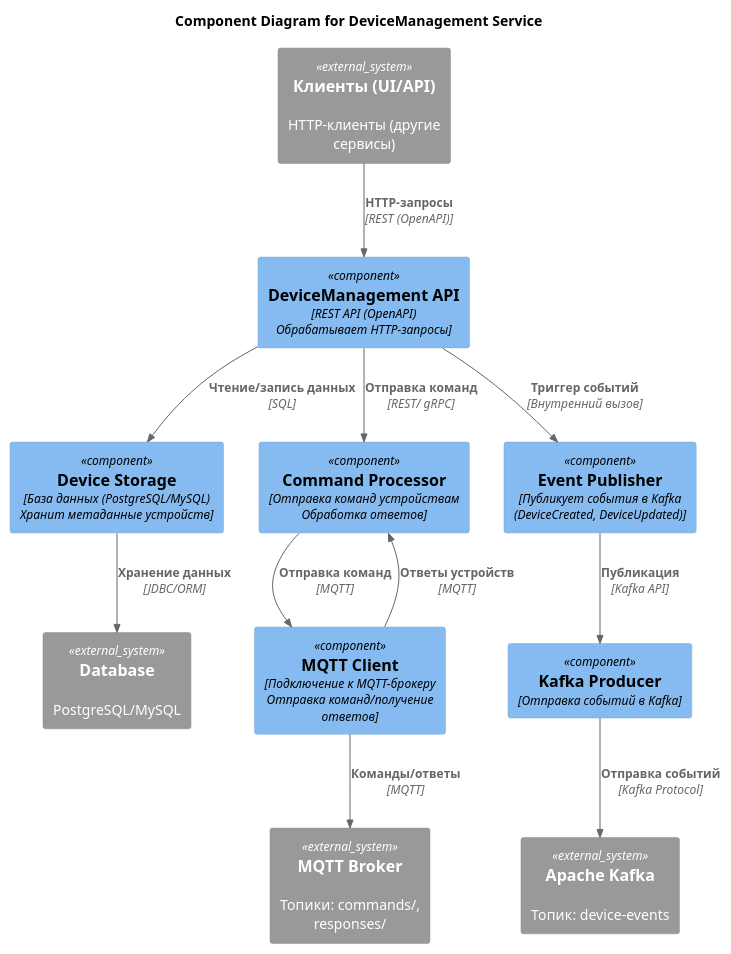
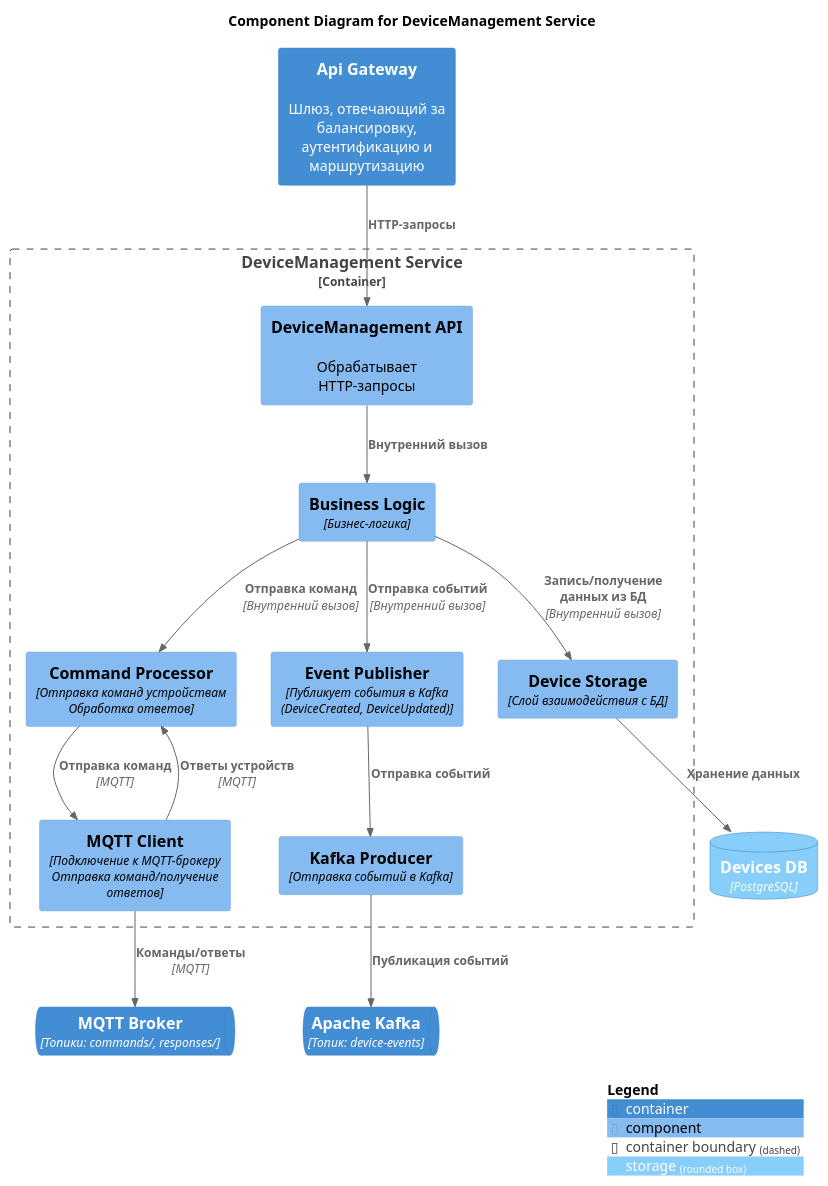
One commit to alexrigin/architecture-warmhouse changed the diagram in diagrams/component/SmartHome_DeviceManagementService_Component.puml. Above: the diagram before and after it, drawn with PlantUML. The commit also changed other lines of this file and 18 other files, not shown here.

```diff
--- a/diagrams/component/SmartHome_DeviceManagementService_Component.puml
+++ b/diagrams/component/SmartHome_DeviceManagementService_Component.puml
@@ -32,37 +1,43 @@
-@startuml DeviceManagement Service - Component Diagram (C4 Level 3)
+@startuml
+
 !include https://raw.githubusercontent.com/plantuml-stdlib/C4-PlantUML/master/C4_Component.puml
+
+AddElementTag("storage", $shape=RoundedBoxShape(), $bgColor="lightSkyBlue", $fontColor="white")
 
 title Component Diagram for DeviceManagement Service
 
-' === Основные компоненты ===
-Component(device_api, "DeviceManagement API", "REST API (OpenAPI)\nОбрабатывает HTTP-запросы")
-Component(device_storage, "Device Storage", "База данных (PostgreSQL/MySQL)\nХранит метаданные устройств")
-Component(command_processor, "Command Processor", "Отправка команд устройствам\nОбработка ответов")
-Component(event_publisher, "Event Publisher", "Публикует события в Kafka\n(DeviceCreated, DeviceUpdated)")
-Component(mqtt_client, "MQTT Client", "Подключение к MQTT-брокеру\nОтправка команд/получение ответов")
-Component(kafka_producer, "Kafka Producer", "Отправка событий в Kafka")
+Container(api_gateway, "Api Gateway","", "Шлюз, отвечающий за балансировку, аутентификацию и маршрутизацию")
 
-' === Внешние системы ===
-System_Ext(client, "Клиенты (UI/API)", "HTTP-клиенты (другие сервисы)")
-System_Ext(kafka, "Apache Kafka", "Топик: device-events")
-System_Ext(mqtt_broker, "MQTT Broker", "Топики: commands/, responses/")
-System_Ext(database, "Database", "PostgreSQL/MySQL")
+Container_Boundary(b1, "DeviceManagement Service") {
+  Component(device_api, "DeviceManagement API", "", "Обрабатывает HTTP-запросы")
+  Component(business_logic, "Business Logic", "Бизнес-логика")
+  Component(device_storage, "Device Storage", "Слой взаимодействия с БД")
+  Component(command_processor, "Command Processor", "Отправка команд устройствам\nОбработка ответов")
+  Component(event_publisher, "Event Publisher", "Публикует события в Kafka\n(DeviceCreated, DeviceUpdated)")
+  Component(mqtt_client, "MQTT Client", "Подключение к MQTT-брокеру\nОтправка команд/получение ответов")
+  Component(kafka_producer, "Kafka Producer", "Отправка событий в Kafka")
+}
 
-' === Связи между компонентами ===
-Rel(device_api, device_storage, "Чтение/запись данных", "SQL")
-Rel(device_api, command_processor, "Отправка команд", "REST/ gRPC")
-Rel(device_api, event_publisher, "Триггер событий", "Внутренний вызов")
+ContainerDb(devices_db, "Devices DB", "PostgreSQL", "", $tags = "storage")
+ContainerQueue(kafka, "Apache Kafka", "Топик: device-events")
+ContainerQueue(mqtt_broker, "MQTT Broker", "Топики: commands/, responses/")
 
+Rel(api_gateway, device_api, "HTTP-запросы")
+
+Rel(device_api, business_logic, "Внутренний вызов")
+
+Rel(business_logic, command_processor, "Отправка команд", "Внутренний вызов")
 Rel(command_processor, mqtt_client, "Отправка команд", "MQTT")
 Rel(mqtt_client, command_processor, "Ответы устройств", "MQTT")
+Rel(mqtt_client, mqtt_broker, "Команды/ответы", "MQTT")
 
-Rel(event_publisher, kafka_producer, "Публикация", "Kafka API")
-Rel(kafka_producer, kafka, "Отправка событий", "Kafka Protocol")
+Rel(business_logic, event_publisher, "Отправка событий", "Внутренний вызов")
+Rel(event_publisher, kafka_producer, "Отправка событий")
+Rel(kafka_producer, kafka, "Публикация событий")
 
-' === Внешние взаимодействия ===
-Rel(client, device_api, "HTTP-запросы", "REST (OpenAPI)")
-Rel(mqtt_client, mqtt_broker, "Команды/ответы", "MQTT")
-Rel(device_storage, database, "Хранение данных", "JDBC/ORM")
+Rel(business_logic, device_storage, "Запись/получение данных из БД", "Внутренний вызов")
+Rel(device_storage, devices_db, "Хранение данных")
 
+SHOW_LEGEND()
 
 @enduml
```
